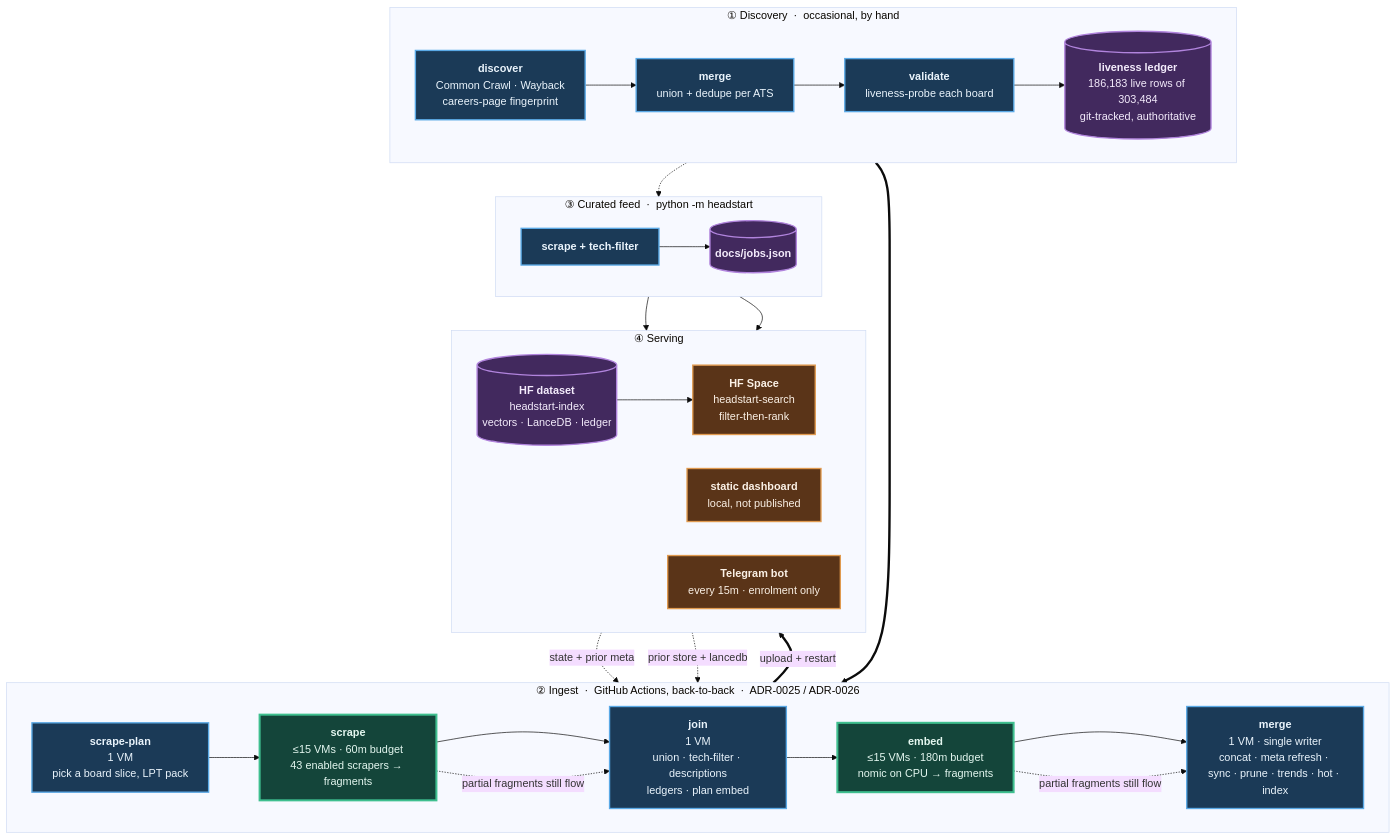
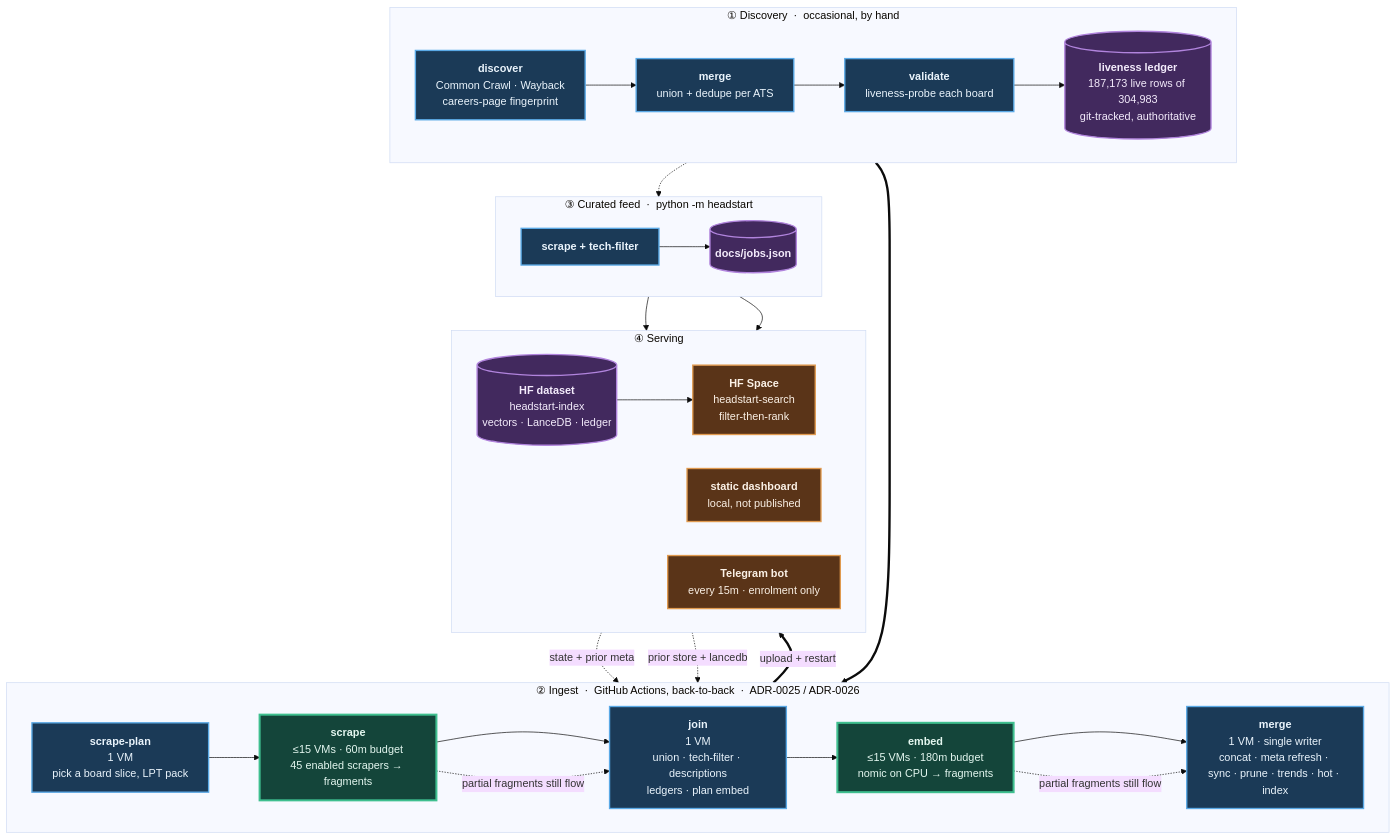
Before and after one commit to sarthakjain004/headstart: the diagram in README.md, drawn with Mermaid (base theme). The commit also changed other lines of this file and 7 other files, not shown here.

````diff
--- a/README.md
+++ b/README.md
@@ -170,56 +171,56 @@
 ```mermaid
 flowchart TB
     subgraph D["① Discovery &nbsp;·&nbsp; occasional, by hand"]
         direction LR
         D1["<b>discover</b><br/>Common Crawl · Wayback<br/>careers-page fingerprint"]
         D2["<b>merge</b><br/>union + dedupe per ATS"]
         D3["<b>validate</b><br/>liveness-probe each board"]
-        D4[("<b>liveness ledger</b><br/>186,183 live rows of 303,484<br/>git-tracked, authoritative")]
+        D4[("<b>liveness ledger</b><br/>187,173 live rows of 304,983<br/>git-tracked, authoritative")]
         D1 --> D2 --> D3 --> D4
     end
 
     subgraph P["② Ingest &nbsp;·&nbsp; GitHub Actions, back-to-back &nbsp;·&nbsp; ADR-0025 / ADR-0026"]
         direction LR
         P1["<b>scrape-plan</b><br/>1 VM<br/>pick a board slice, LPT pack"]
-        P2["<b>scrape</b><br/>≤15 VMs · 60m budget<br/>43 enabled scrapers → fragments"]
+        P2["<b>scrape</b><br/>≤15 VMs · 60m budget<br/>45 enabled scrapers → fragments"]
         P3["<b>join</b><br/>1 VM<br/>union · tech-filter · descriptions<br/>ledgers · plan embed"]
         P4["<b>embed</b><br/>≤15 VMs · 180m budget<br/>nomic on CPU → fragments"]
         P5["<b>merge</b><br/>1 VM · single writer<br/>concat · meta refresh · sync · prune · trends · hot · index"]
         P1 --> P2 --> P3 --> P4 --> P5
     end
 
     subgraph F["③ Curated feed &nbsp;·&nbsp; python -m headstart"]
         direction LR
         F1["<b>scrape + tech-filter</b>"]
         F2[("<b>docs/jobs.json</b>")]
         F1 --> F2
     end
 
     subgraph S["④ Serving"]
         direction LR
         S1[("<b>HF dataset</b><br/>headstart-index<br/>vectors · LanceDB · ledger")]
         S2["<b>HF Space</b><br/>headstart-search<br/>filter-then-rank"]
         S3["<b>static dashboard</b><br/>local, not published"]
         S4["<b>Telegram bot</b><br/>every 15m · enrolment only"]
         S1 --> S2
     end
 
     D4 ==> P1
     S1 -. "state + prior meta" .-> P1
     S1 -. "prior store + lancedb" .-> P5
     D4 -.-> F1
     P5 ==>|"upload + restart"| S1
     F2 --> S3
     F2 --> S4
     P2 -. "partial fragments still flow" .-> P3
     P4 -. "partial fragments still flow" .-> P5
 
     classDef serial fill:#1b3a57,stroke:#5aa9e6,stroke-width:2px,color:#eaf4fc
     classDef fan fill:#14453a,stroke:#3fbf8f,stroke-width:3px,color:#e4f7f0
     classDef store fill:#42295e,stroke:#b184dd,stroke-width:2px,color:#f4ecfc
     classDef serve fill:#5a3418,stroke:#e09a4f,stroke-width:2px,color:#fbf1e6
     class D1,D2,D3,P1,P3,P5,F1 serial
     class P2,P4 fan
     class D4,F2,S1 store
     class S2,S3,S4 serve
 ```
````
